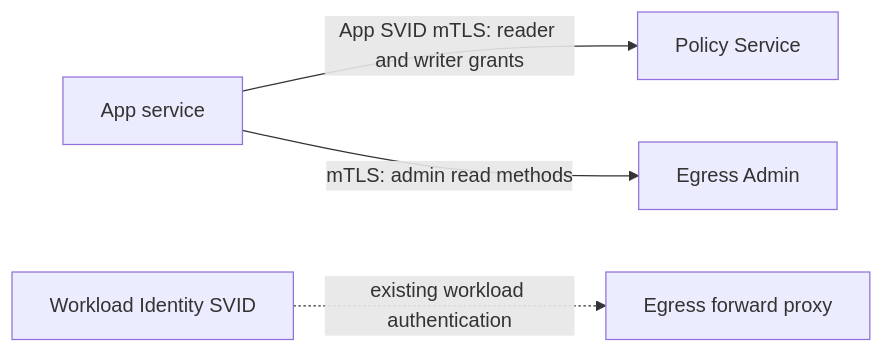
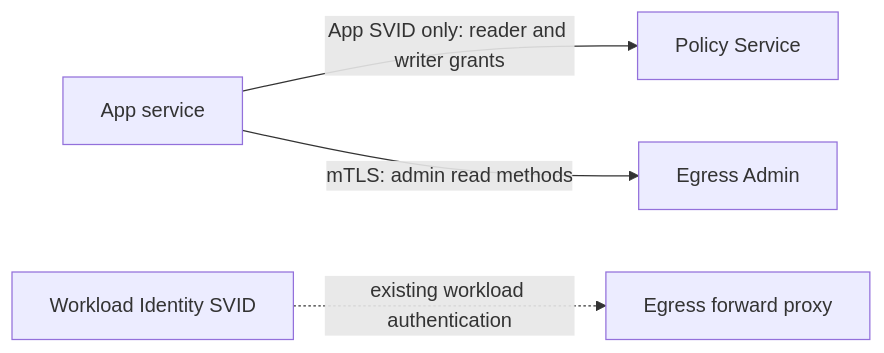
One commit to agentydragon/ducktape changed diagram 15 of 18 in agentplane/docs/system_overview.md. Above: the diagram before and after it, drawn with Mermaid. The commit also changed other lines of this file and 20 other files, not shown here.

First line of the commit message:
Retire PolicyService Kubernetes bearer admission

````diff
--- a/agentplane/docs/system_overview.md
+++ b/agentplane/docs/system_overview.md
@@ -811,6 +811,6 @@
 ```mermaid
 flowchart LR
-    app[App service] -->|App SVID mTLS: reader and writer grants| policy[Policy Service]
+    app[App service] -->|App SVID only: reader and writer grants| policy[Policy Service]
     app -->|mTLS: admin read methods| admin[Egress Admin]
     workload[Workload Identity SVID] -.->|existing workload authentication| proxy[Egress forward proxy]
 ```
````
